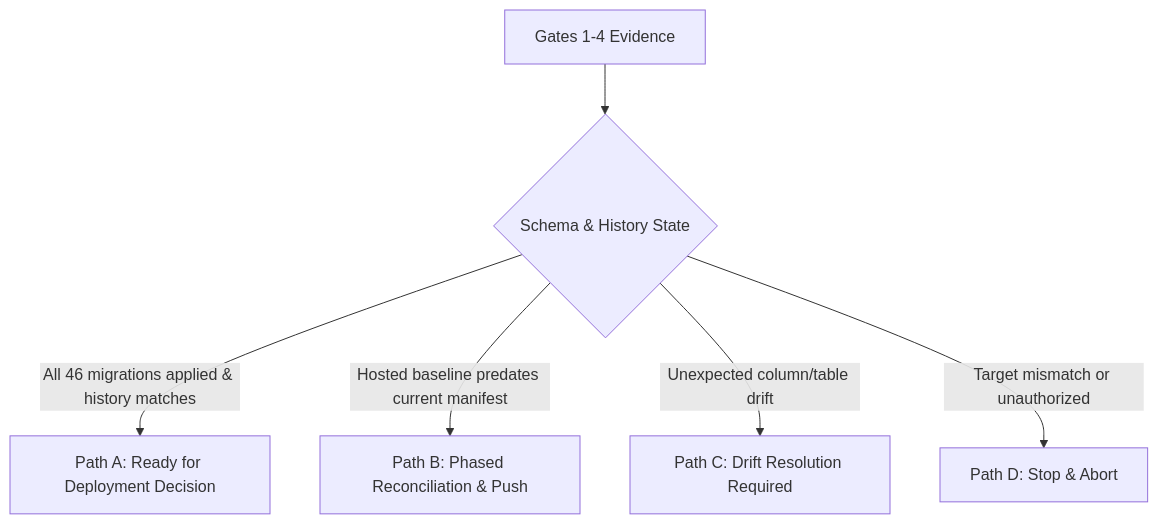
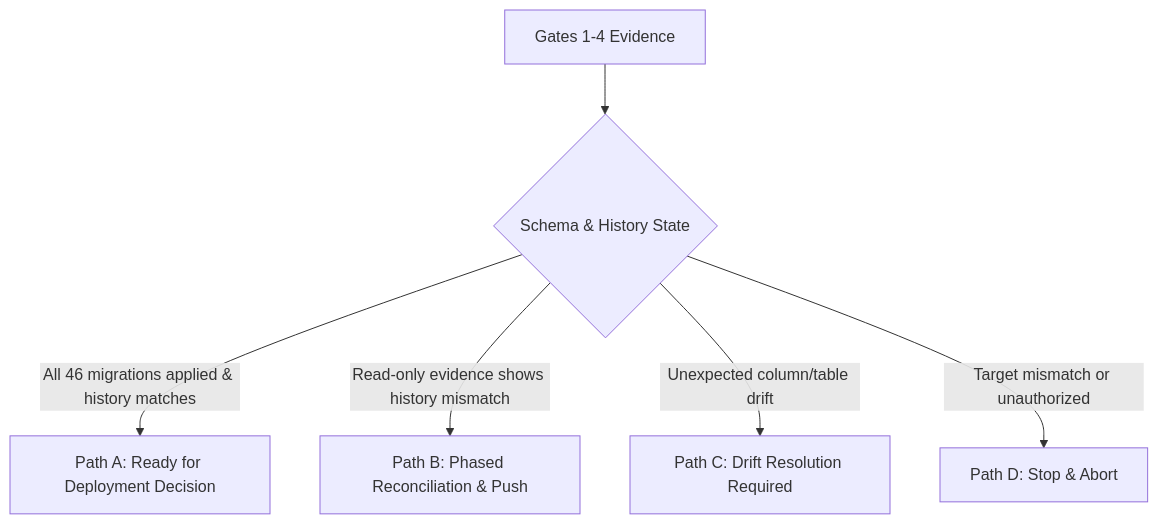
The diagram in infra/supabase/staging-reconciliation-runbook.md (acmis1/capstone-impact-platform), drawn with Mermaid before and after one commit. The commit also changed other lines of this file and 3 other files, not shown here.

````diff
--- a/infra/supabase/staging-reconciliation-runbook.md
+++ b/infra/supabase/staging-reconciliation-runbook.md
@@ -163,8 +165,8 @@
 ```mermaid
 flowchart TD
     G[Gates 1-4 Evidence] --> C{Schema & History State}
     C -->|All 46 migrations applied & history matches| PA[Path A: Ready for Deployment Decision]
-    C -->|Hosted baseline predates current manifest| PB[Path B: Phased Reconciliation & Push]
+    C -->|Read-only evidence shows history mismatch| PB[Path B: Phased Reconciliation & Push]
     C -->|Unexpected column/table drift| PC[Path C: Drift Resolution Required]
     C -->|Target mismatch or unauthorized| PD[Path D: Stop & Abort]
 ```
````
